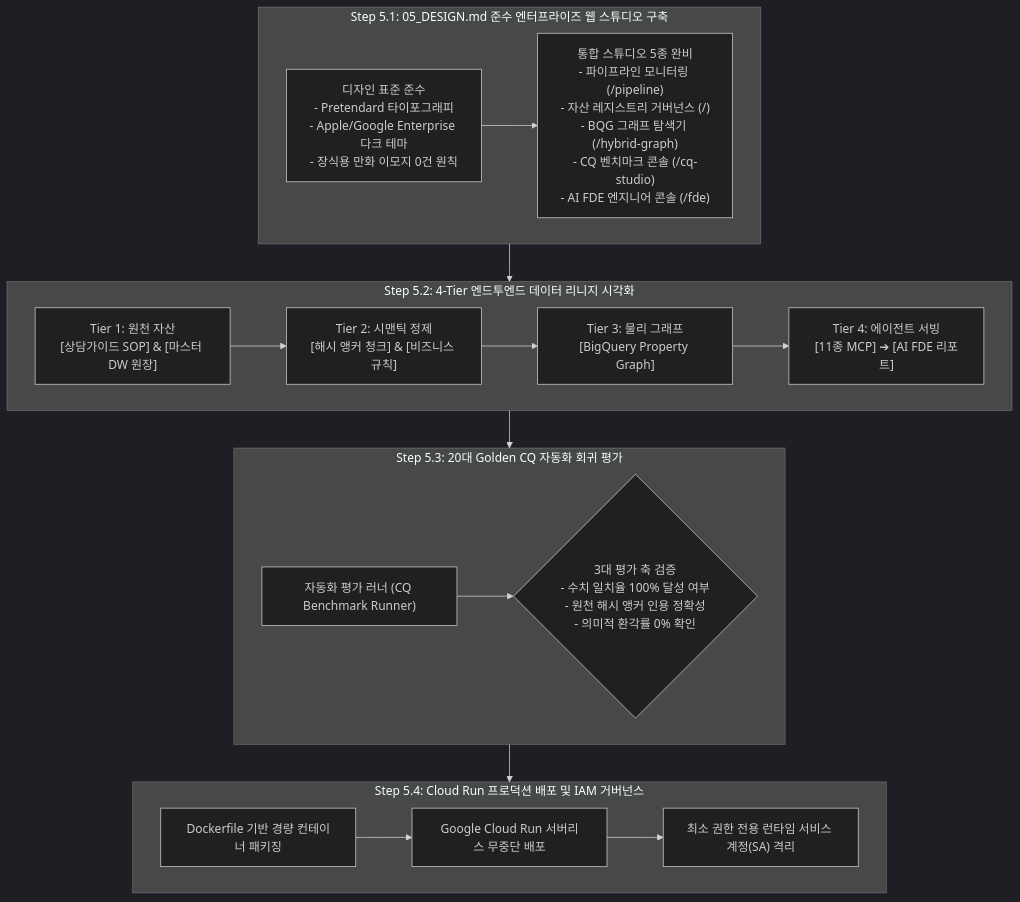
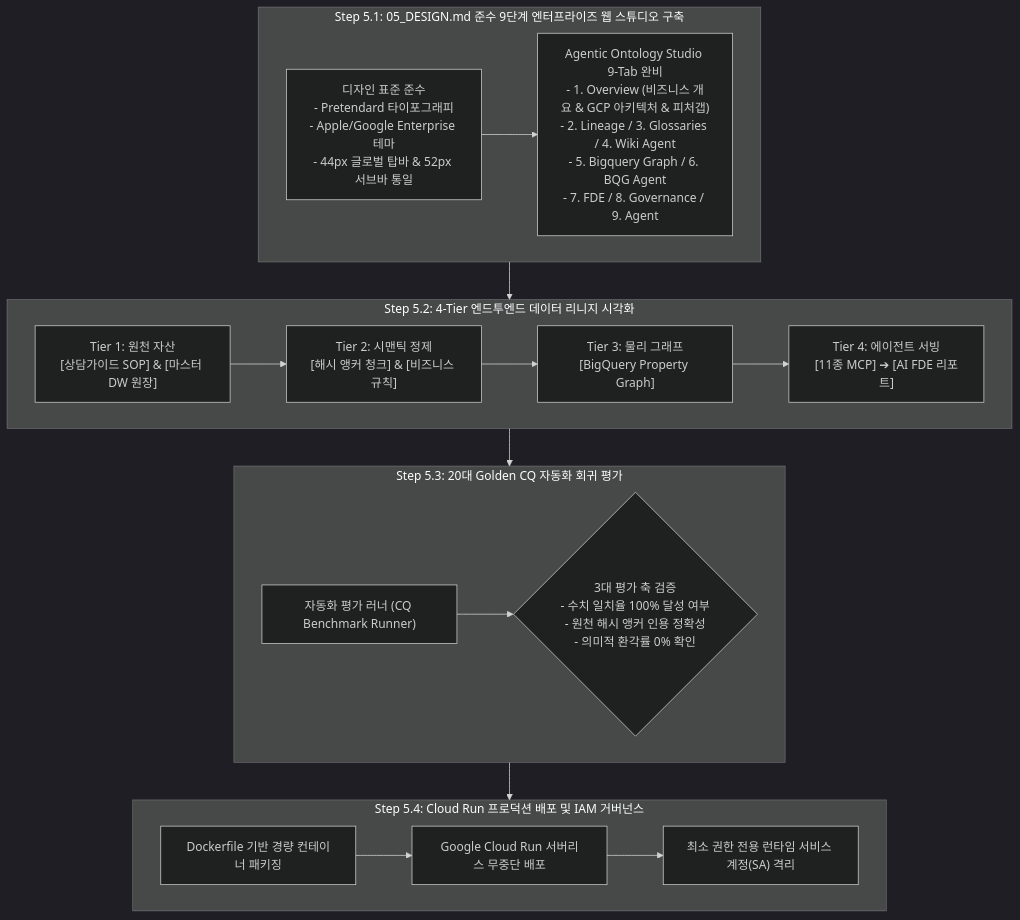
One commit to seanjungG/agentic-ontology-starter changed the diagram in methodology/05_enterprise_studio_and_deployment_ko.md. Above: the diagram before and after it, drawn with Mermaid (dark theme). The commit also changed other lines of this file and 20 other files, not shown here.

Commit message:
fix(notebooks,methodology): embed base64 PNG attachments for GitHub nbconvert v7.17.1 and sync 9-Step GCP Architecture (EPIC-025 / TASK-065)

````diff
--- a/methodology/05_enterprise_studio_and_deployment_ko.md
+++ b/methodology/05_enterprise_studio_and_deployment_ko.md
@@ -14,31 +14,31 @@
 ```mermaid
 flowchart TD
-    subgraph Step1 ["Step 5.1: 05_DESIGN.md 준수 엔터프라이즈 웹 스튜디오 구축"]
-        DesignToken["디자인 표준 준수<br/>- Pretendard 타이포그래피<br/>- Apple/Google Enterprise 다크 테마<br/>- 장식용 만화 이모지 0건 원칙"]
-        Studios["통합 스튜디오 5종 완비<br/>- 파이프라인 모니터링 (/pipeline)<br/>- 자산 레지스트리 거버넌스 (/)<br/>- BQG 그래프 탐색기 (/hybrid-graph)<br/>- CQ 벤치마크 콘솔 (/cq-studio)<br/>- AI FDE 엔지니어 콘솔 (/fde)"]
+    subgraph Step1 ["Step 5.1: 05_DESIGN.md 준수 9단계 엔터프라이즈 웹 스튜디오 구축"]
+        DesignToken["디자인 표준 준수<br/>- Pretendard 타이포그래피<br/>- Apple/Google Enterprise 테마<br/>- 44px 글로벌 탑바 & 52px 서브바 통일"]
+        Studios["Agentic Ontology Studio 9-Tab 완비<br/>- 1. Overview (비즈니스 개요 & GCP 아키텍처 & 피처갭)<br/>- 2. Lineage / 3. Glossaries / 4. Wiki Agent<br/>- 5. Bigquery Graph / 6. BQG Agent<br/>- 7. FDE / 8. Governance / 9. Agent"]
         DesignToken --> Studios
     end
 
     subgraph Step2 ["Step 5.2: 4-Tier 엔드투엔드 데이터 리니지 시각화"]
         T1["Tier 1: 원천 자산<br/>[상담가이드 SOP] & [마스터 DW 원장]"]
         T2["Tier 2: 시맨틱 정제<br/>[해시 앵커 청크] & [비즈니스 규칙]"]
         T3["Tier 3: 물리 그래프<br/>[BigQuery Property Graph]"]
         T4["Tier 4: 에이전트 서빙<br/>[11종 MCP] ➔ [AI FDE 리포트]"]
         T1 --> T2 --> T3 --> T4
     end
 
     subgraph Step3 ["Step 5.3: 20대 Golden CQ 자동화 회귀 평가"]
         EvalEngine["자동화 평가 러너 (CQ Benchmark Runner)"]
         Metrics{"3대 평가 축 검증<br/>- 수치 일치율 100% 달성 여부<br/>- 원천 해시 앵커 인용 정확성<br/>- 의미적 환각률 0% 확인"}
         EvalEngine --> Metrics
     end
 
     subgraph Step4 ["Step 5.4: Cloud Run 프로덕션 배포 및 IAM 거버넌스"]
         Container["Dockerfile 기반 경량 컨테이너 패키징"]
         CloudRun["Google Cloud Run 서버리스 무중단 배포"]
         IAM_Check["최소 권한 전용 런타임 서비스 계정(SA) 격리"]
         Container --> CloudRun --> IAM_Check
     end
 
     Step1 --> Step2 --> Step3 --> Step4
 ```
````
